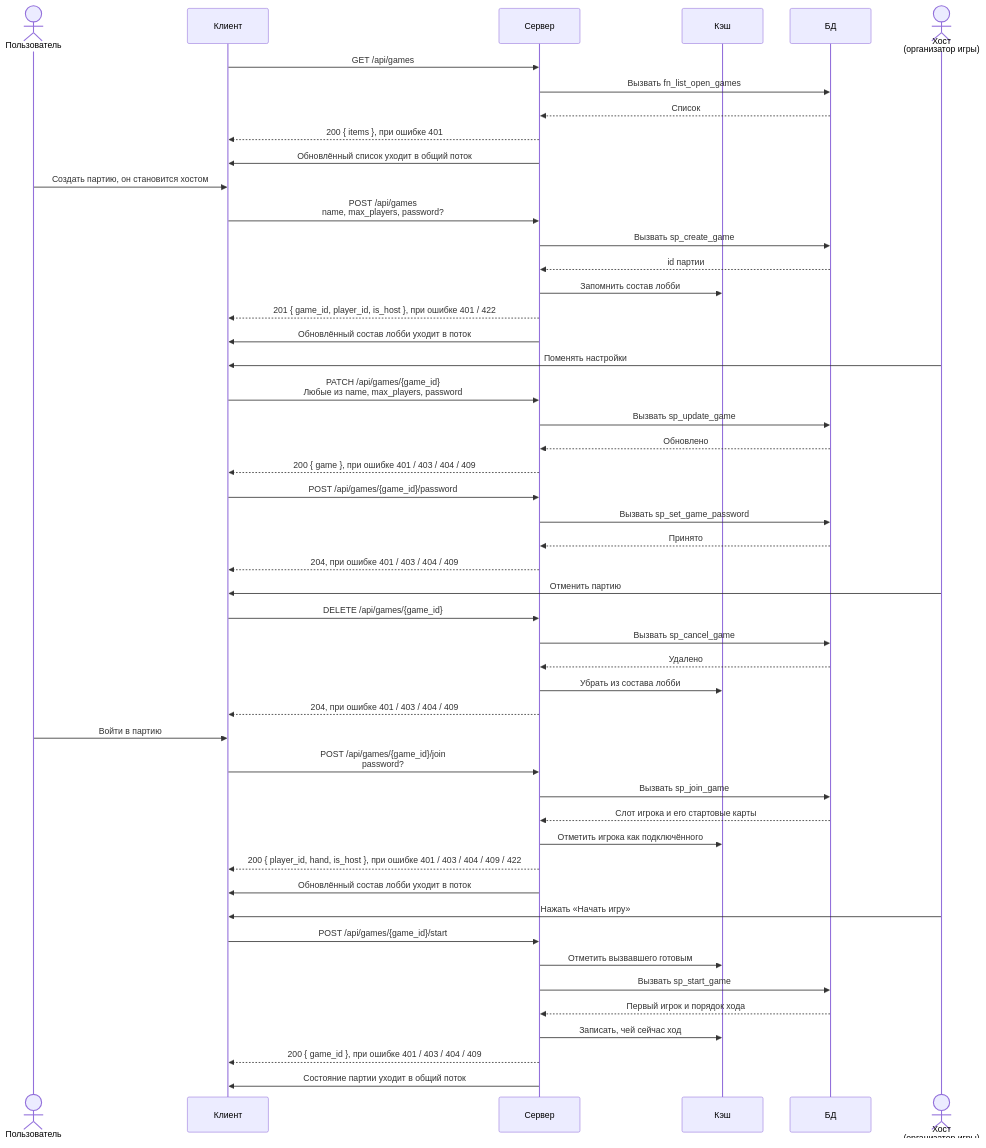
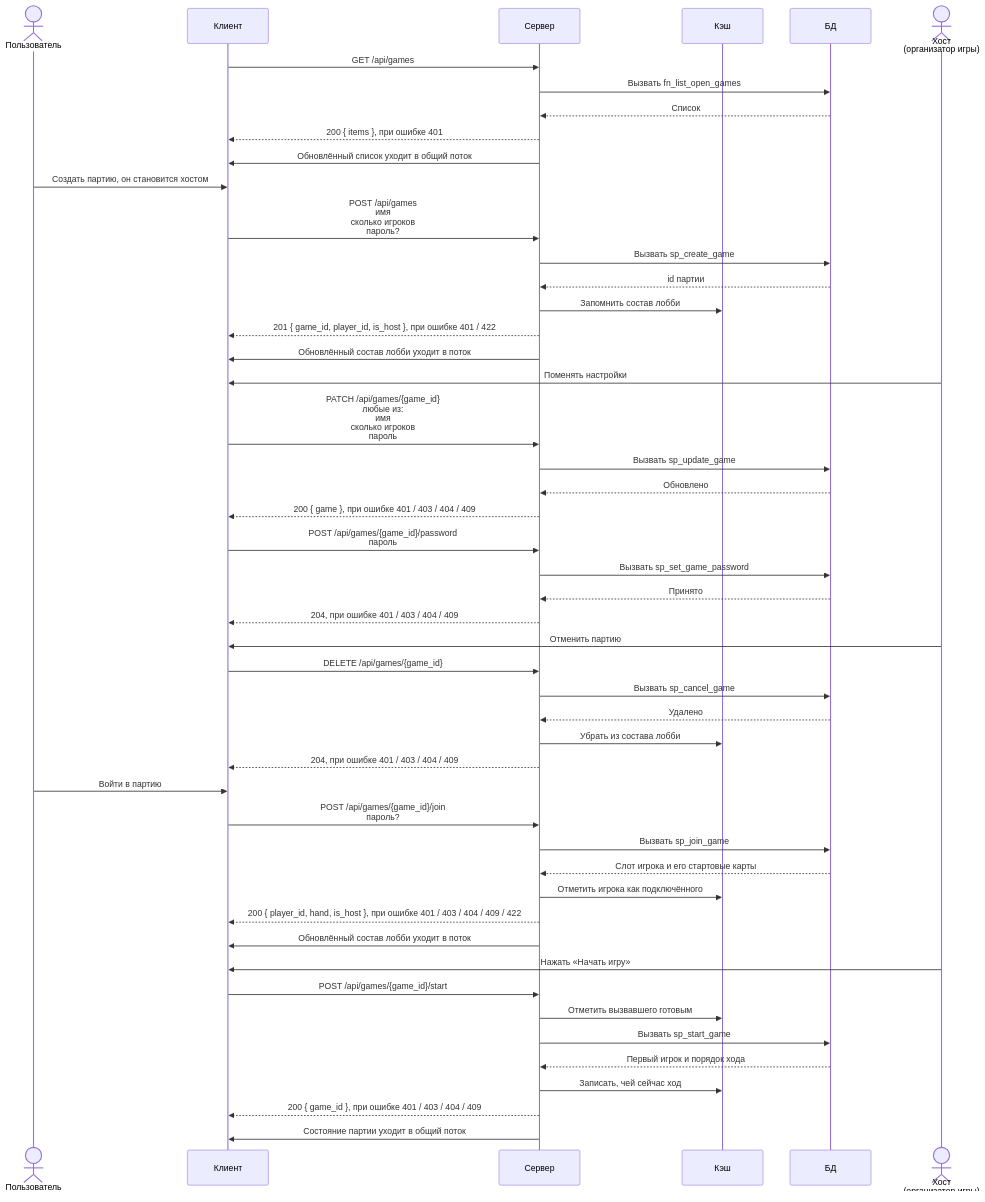
The diagram in diagrams/lobby.mmd (docup1/edin-game), drawn with Mermaid before and after one commit. The commit also changed 3 other files, not shown here.

```diff
--- a/diagrams/lobby.mmd
+++ b/diagrams/lobby.mmd
@@ -1,90 +1,90 @@
 %% Всё до игры: список, создание, настройки, отмена, вход, старт.
 %% Действуют двое: обычный пользователь и хост, то есть организатор партии.
 %% Партия ещё не началась, поэтому состав лобби в кэше, факты в базе.
 %% Диаграмма делится по смыслу, а не по наличию {game_id}: пароль ставит
 %% админ, но до игры, поэтому разбирается здесь.
 sequenceDiagram
     actor U as Пользователь
     participant C as Клиент
     participant S as Сервер
     participant K as Кэш
     participant D as БД
     actor H as Хост<br/>(организатор игры)
 
     %% Фильтры has_slot и mine живут в колонке Query таблицы в API.md,
     %% на стрелке их нет: список и так уходит в поток целиком.
     C->>S: GET /api/games
     S->>D: Вызвать fn_list_open_games
     D-->>S: Список
     S-->>C: 200 { items }, при ошибке 401
     S->>C: Обновлённый список уходит в общий поток
 
     U->>C: Создать партию, он становится хостом
-    C->>S: POST /api/games<br/>name, max_players, password?
+    C->>S: POST /api/games<br/>имя<br/>сколько игроков<br/>пароль?
     S->>D: Вызвать sp_create_game
     D-->>S: id партии
     S->>K: Запомнить состав лобби
     S-->>C: 201 { game_id, player_id, is_host }, при ошибке 401 / 422
     S->>C: Обновлённый состав лобби уходит в поток
 
     H->>C: Поменять настройки
-    C->>S: PATCH /api/games/{game_id}<br/>Любые из name, max_players, password
+    C->>S: PATCH /api/games/{game_id}<br/>любые из:<br/>имя<br/>сколько игроков<br/>пароль
     S->>D: Вызвать sp_update_game
     D-->>S: Обновлено
     S-->>C: 200 { game }, при ошибке 401 / 403 / 404 / 409
 
-    C->>S: POST /api/games/{game_id}/password
+    C->>S: POST /api/games/{game_id}/password<br/>пароль
     S->>D: Вызвать sp_set_game_password
     D-->>S: Принято
     S-->>C: 204, при ошибке 401 / 403 / 404 / 409
 
     H->>C: Отменить партию
     C->>S: DELETE /api/games/{game_id}
     S->>D: Вызвать sp_cancel_game
     D-->>S: Удалено
     S->>K: Убрать из состава лобби
     S-->>C: 204, при ошибке 401 / 403 / 404 / 409
 
     U->>C: Войти в партию
-    C->>S: POST /api/games/{game_id}/join<br/>password?
+    C->>S: POST /api/games/{game_id}/join<br/>пароль?
     S->>D: Вызвать sp_join_game
     D-->>S: Слот игрока и его стартовые карты
     S->>K: Отметить игрока как подключённого
     S-->>C: 200 { player_id, hand, is_host }, при ошибке 401 / 403 / 404 / 409 / 422
     S->>C: Обновлённый состав лобби уходит в поток
 
     H->>C: Нажать «Начать игру»
     C->>S: POST /api/games/{game_id}/start
     S->>K: Отметить вызвавшего готовым
     S->>D: Вызвать sp_start_game
     D-->>S: Первый игрок и порядок хода
     S->>K: Записать, чей сейчас ход
     S-->>C: 200 { game_id }, при ошибке 401 / 403 / 404 / 409
     S->>C: Состояние партии уходит в общий поток
 
     %% Список требует сессии, поэтому гостя без входа здесь нет: без cookie
     %% приходит 401. В списке есть, сколько мест занято, но нет имён игроков -
     %% имена иначе утекли бы всем подряд.
     %% has_slot - только партии со свободными местами, по умолчанию включён:
     %% иначе пользователь кликнет в партию без мест и получит отказ. mine -
     %% только свои партии. Страниц нет: список приходит целиком и в общий поток,
     %% поэтому опрашивать его вручную не нужно.
     %% max_players вне диапазона 2..6 или пустое имя - 422.
     %% Приглашение - обычная ссылка /game/{id}, отдельная сущность в базе не нужна.
     %% Настройки меняет только хост и только до старта. max_players нельзя сделать
     %% меньше занятых мест, password можно обнулить через null.
     %% Пароль без актора: это действие админа, а не хоста и не игрока, поэтому
     %% отдельного участника ради него заводить не стали. sp_set_game_password
     %% требует роль admin и работает только до старта. Пароль, поставленный
     %% админом, хост снять не может: снимается он только тем же эндпоинтом.
     %% Отмена - настоящее удаление, а не флаг cancelled: иначе про него пришлось бы
     %% вечно помнить.
     %% join проверяет пароль, свободное место и что партия не началась. Но если
     %% за игроком уже есть место - пускает обратно даже после старта, выдавая
     %% пустую руку. Раньше leave место сохранял, а join отказывал, и вышедший
     %% оставался заперт снаружи.
     %% Отказ от входа - это не leave: до старта место просто освобождается.
     %% start отмечает готовым и запускает: готовность - это факт, а не действие,
     %% и живёт в кэше. 409 если готовы не все, причём готовность не сбрасывается.
     %% Состав лобби и текущий ход живут в кэше, в базе только факты: игроки,
     %% карты, ходы.
```
